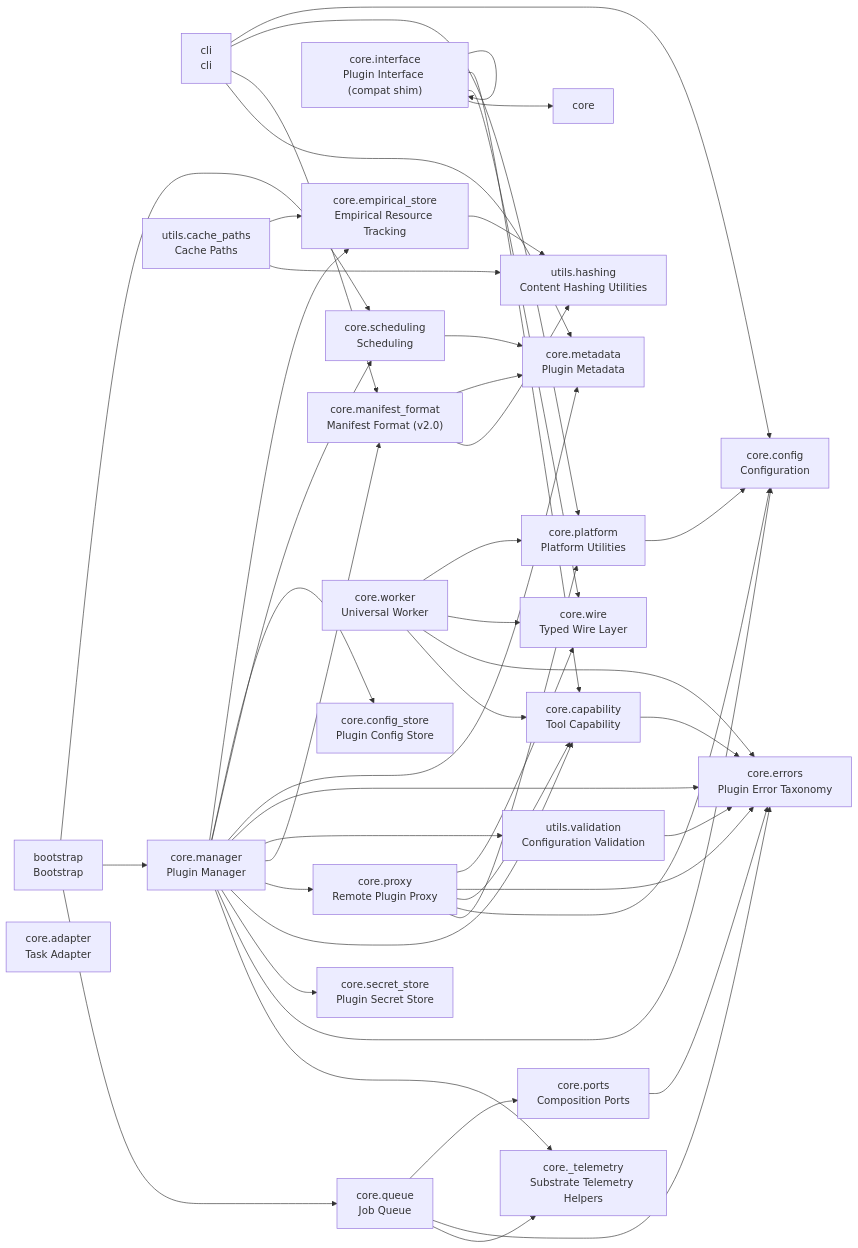
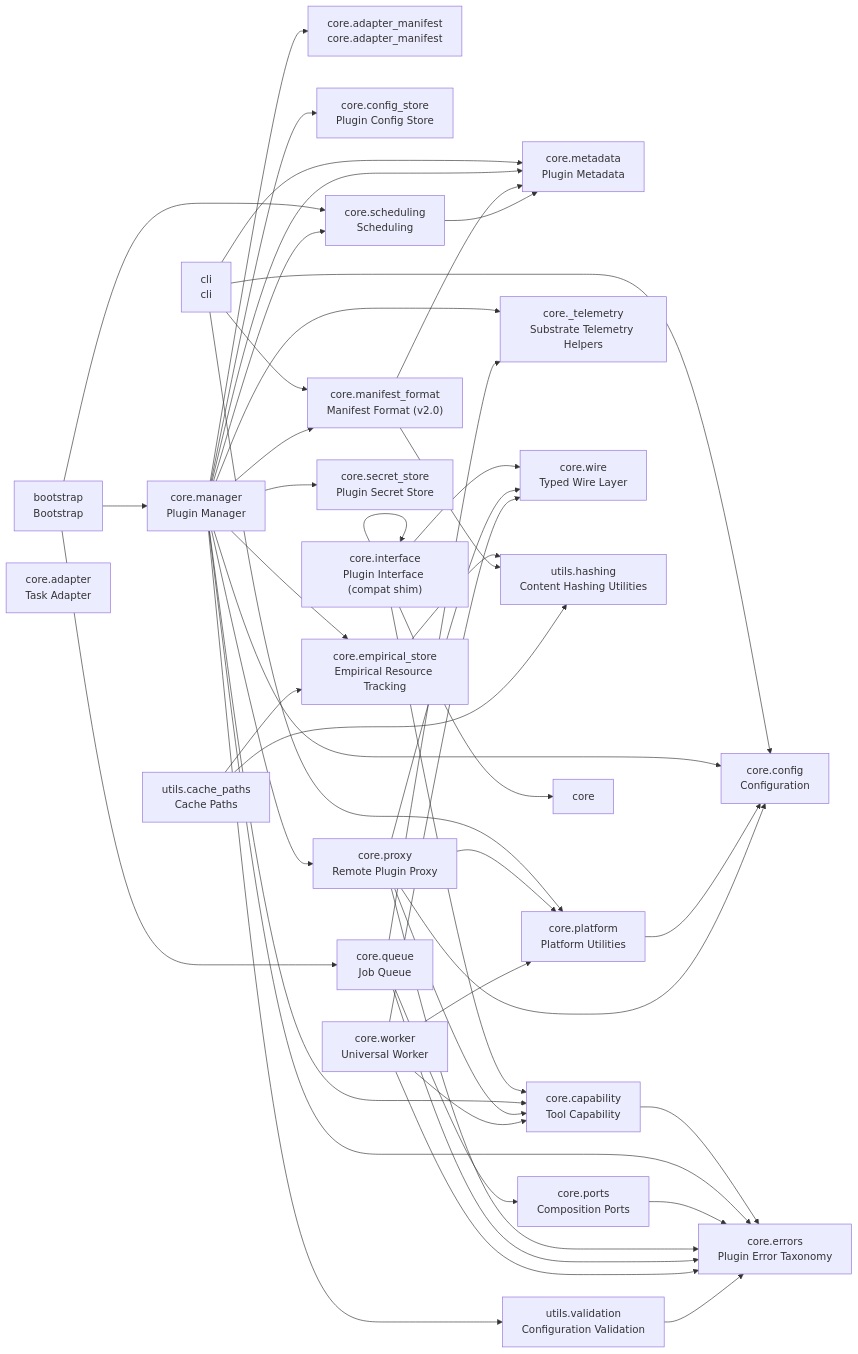
Before and after one commit to cj-mills/cjm-plugin-system: the diagram in README.md, drawn with Mermaid. The commit also changed other lines of this file and 1 other file, not shown here.

````diff
--- a/README.md
+++ b/README.md
@@ -46,73 +47,75 @@
 ``` mermaid
 graph LR
     bootstrap["bootstrap<br/>Bootstrap"]
     cli["cli<br/>cli"]
     core_adapter["core.adapter<br/>Task Adapter"]
+    core_adapter_manifest["core.adapter_manifest<br/>core.adapter_manifest"]
     core_capability["core.capability<br/>Tool Capability"]
     core_config["core.config<br/>Configuration"]
     core_config_store["core.config_store<br/>Plugin Config Store"]
     core_empirical_store["core.empirical_store<br/>Empirical Resource Tracking"]
     core_errors["core.errors<br/>Plugin Error Taxonomy"]
     core_interface["core.interface<br/>Plugin Interface (compat shim)"]
     core_manager["core.manager<br/>Plugin Manager"]
     core_manifest_format["core.manifest_format<br/>Manifest Format (v2.0)"]
     core_metadata["core.metadata<br/>Plugin Metadata"]
     core_platform["core.platform<br/>Platform Utilities"]
     core_ports["core.ports<br/>Composition Ports"]
     core_proxy["core.proxy<br/>Remote Plugin Proxy"]
     core_queue["core.queue<br/>Job Queue"]
     core_scheduling["core.scheduling<br/>Scheduling"]
     core_secret_store["core.secret_store<br/>Plugin Secret Store"]
     core__telemetry["core._telemetry<br/>Substrate Telemetry Helpers"]
     core_wire["core.wire<br/>Typed Wire Layer"]
     core_worker["core.worker<br/>Universal Worker"]
     utils_cache_paths["utils.cache_paths<br/>Cache Paths"]
     utils_hashing["utils.hashing<br/>Content Hashing Utilities"]
     utils_validation["utils.validation<br/>Configuration Validation"]
 
     bootstrap --> core_scheduling
+    bootstrap --> core_queue
     bootstrap --> core_manager
-    bootstrap --> core_queue
+    cli --> core_platform
+    cli --> core_metadata
+    cli --> core_manifest_format
     cli --> core_config
-    cli --> core_platform
-    cli --> core_manifest_format
-    cli --> core_metadata
     core_capability --> core_errors
     core_empirical_store --> utils_hashing
+    core_interface --> core_capability
+    core_interface --> core
+    core_interface --> core_wire
     core_interface --> core_interface
-    core_interface --> core_capability
-    core_interface --> core_wire
-    core_interface --> core
+    core_manager --> core_metadata
+    core_manager --> core_manifest_format
     core_manager --> core_empirical_store
+    core_manager --> core_errors
+    core_manager --> core_scheduling
+    core_manager --> core_proxy
+    core_manager --> core_secret_store
     core_manager --> core_config_store
-    core_manager --> core_scheduling
-    core_manager --> core_metadata
-    core_manager --> core_errors
-    core_manager --> utils_validation
-    core_manager --> core_manifest_format
-    core_manager --> core_proxy
-    core_manager --> core_capability
-    core_manager --> core_secret_store
+    core_manager --> core_adapter_manifest
     core_manager --> core_config
     core_manager --> core__telemetry
+    core_manager --> core_capability
+    core_manager --> utils_validation
+    core_manifest_format --> utils_hashing
     core_manifest_format --> core_metadata
-    core_manifest_format --> utils_hashing
     core_platform --> core_config
     core_ports --> core_errors
+    core_proxy --> core_errors
+    core_proxy --> core_platform
+    core_proxy --> core_config
     core_proxy --> core_wire
-    core_proxy --> core_errors
     core_proxy --> core_capability
-    core_proxy --> core_config
-    core_proxy --> core_platform
+    core_queue --> core_errors
     core_queue --> core_ports
-    core_queue --> core_errors
     core_queue --> core__telemetry
     core_scheduling --> core_metadata
-    core_worker --> core_platform
-    core_worker --> core_wire
     core_worker --> core_errors
     core_worker --> core_capability
+    core_worker --> core_wire
+    core_worker --> core_platform
+    utils_cache_paths --> utils_hashing
     utils_cache_paths --> core_empirical_store
-    utils_cache_paths --> utils_hashing
     utils_validation --> core_errors
 ```
````
